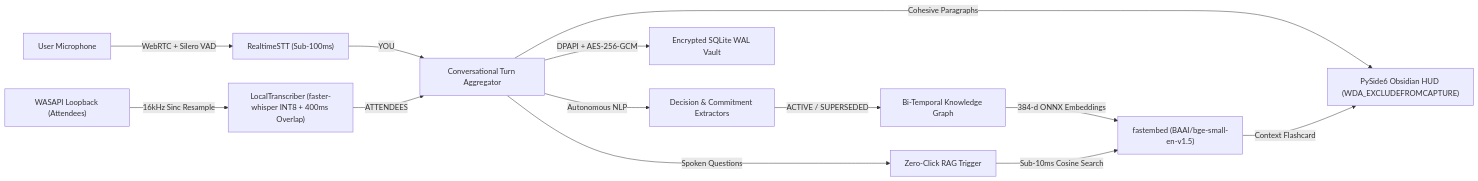
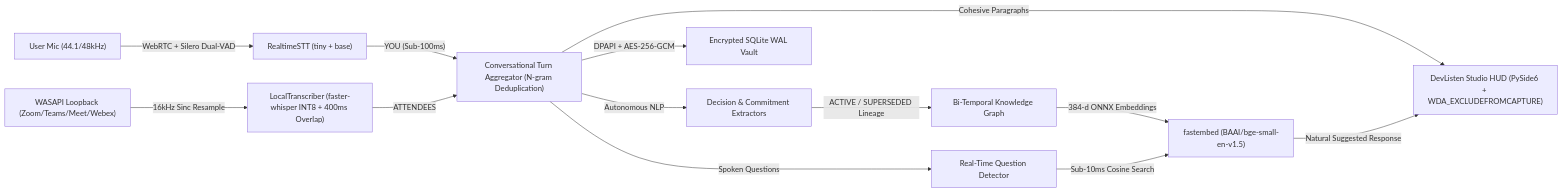
Before and after one commit to Devanshu777/DevListen: the diagram in README.md, drawn with Mermaid. The commit also changed other lines of this file and 1 other file, not shown here.

Commit message:
docs: add architectural flow rationale, DeepSeek Nova2/Qwen 3.8 roadmap, and contributor call

````diff
--- a/README.md
+++ b/README.md
@@ -31,19 +17,19 @@
 ```mermaid
 flowchart LR
-    MIC["User Microphone"] -->|"WebRTC + Silero VAD"| RT["RealtimeSTT (Sub-100ms)"]
-    LB["WASAPI Loopback (Attendees)"] -->|"16kHz Sinc Resample"| LT["LocalTranscriber (faster-whisper INT8 + 400ms Overlap)"]
+    MIC["User Mic (44.1/48kHz)"] -->|"WebRTC + Silero Dual-VAD"| RT["RealtimeSTT (tiny + base)"]
+    LB["WASAPI Loopback (Zoom/Teams/Meet/Webex)"] -->|"16kHz Sinc Resample"| LT["LocalTranscriber (faster-whisper INT8 + 400ms Overlap)"]
 
-    RT -->|"YOU"| AGG["Conversational Turn Aggregator"]
+    RT -->|"YOU (Sub-100ms)"| AGG["Conversational Turn Aggregator (N-gram Deduplication)"]
     LT -->|"ATTENDEES"| AGG
 
-    AGG -->|"Cohesive Paragraphs"| HUD["PySide6 Obsidian HUD (WDA_EXCLUDEFROMCAPTURE)"]
+    AGG -->|"Cohesive Paragraphs"| HUD["DevListen Studio HUD (PySide6 + WDA_EXCLUDEFROMCAPTURE)"]
     AGG -->|"Autonomous NLP"| EXT["Decision & Commitment Extractors"]
-    AGG -->|"Spoken Questions"| QD["Zero-Click RAG Trigger"]
+    AGG -->|"Spoken Questions"| QD["Real-Time Question Detector"]
 
-    EXT -->|"ACTIVE / SUPERSEDED"| GRAPH["Bi-Temporal Knowledge Graph"]
+    EXT -->|"ACTIVE / SUPERSEDED Lineage"| GRAPH["Bi-Temporal Knowledge Graph"]
     GRAPH -->|"384-d ONNX Embeddings"| VEC["fastembed (BAAI/bge-small-en-v1.5)"]
     QD -->|"Sub-10ms Cosine Search"| VEC
-    VEC -->|"Context Flashcard"| HUD
+    VEC -->|"Natural Suggested Response"| HUD
 
     AGG -->|"DPAPI + AES-256-GCM"| VAULT["Encrypted SQLite WAL Vault"]
 ```
````
